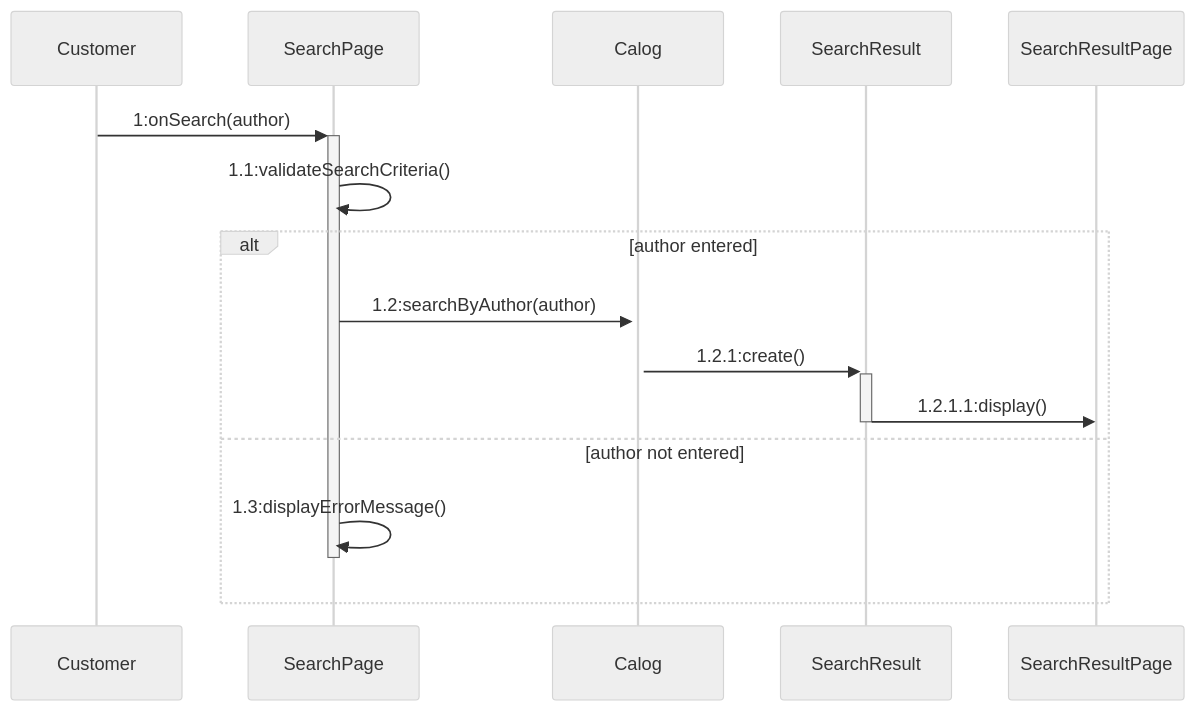
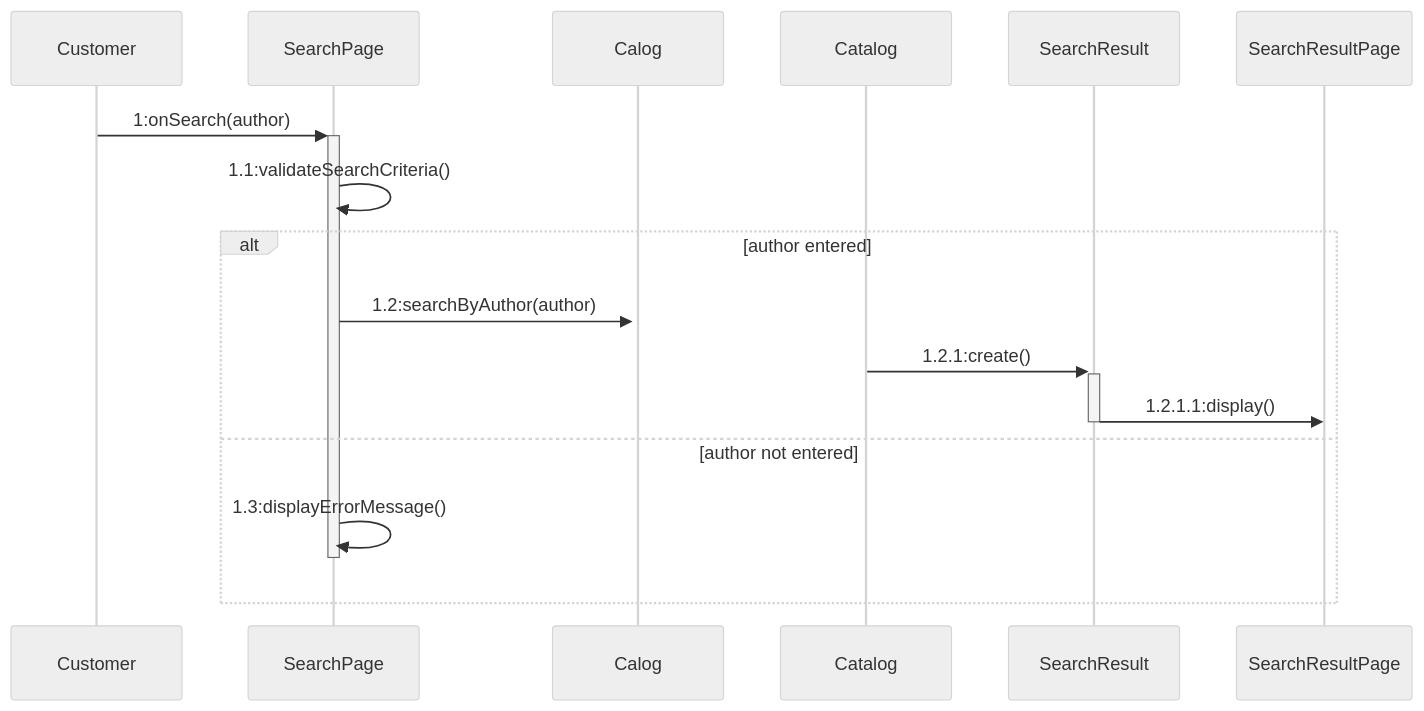
One commit to crepp-tt/mermaidEx changed the diagram in sequence.mmd. Above: the diagram before and after it, drawn with Mermaid (neutral theme).

```diff
--- a/sequence.mmd
+++ b/sequence.mmd
@@ -1,13 +1,13 @@
 sequenceDiagram
     participant Customer
 
     Customer->>+SearchPage: 1:onSearch(author)
     SearchPage->>SearchPage: 1.1:validateSearchCriteria()
     
     alt author entered
         SearchPage->>+Calog:1.2:searchByAuthor(author)
-        Calog->>+SearchResult: 1.2.1:create()
+        Catalog->>+SearchResult: 1.2.1:create()
         SearchResult->>-SearchResultPage: 1.2.1.1:display()
     else author not entered
         SearchPage->>-SearchPage:1.3:displayErrorMessage()
     end
```
